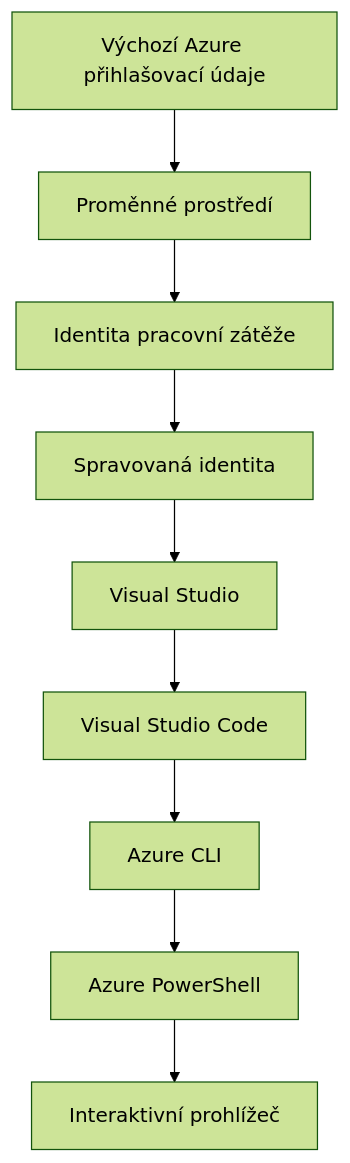
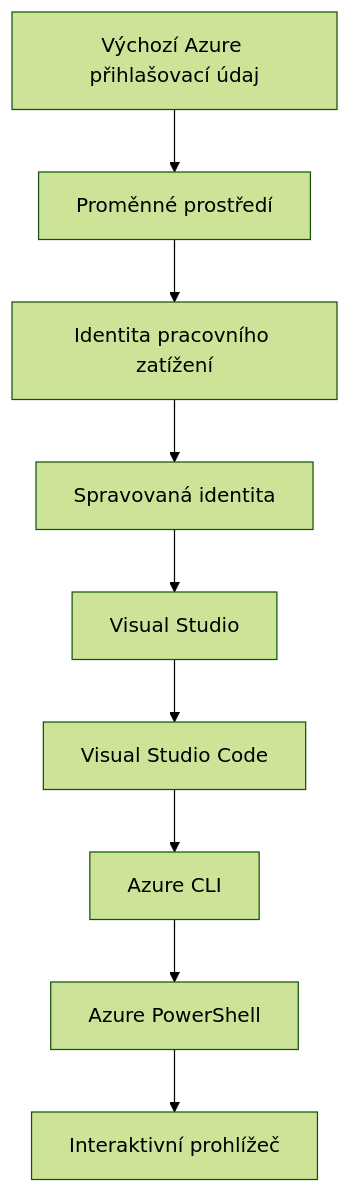
Before and after one commit to microsoft/AZD-for-beginners: the second of 2 diagrams in translations/cs/docs/chapter-01-foundation/azd-basics.md, drawn with Mermaid (forest theme). The commit also changed other lines of this file and 101 other files, not shown here.

````diff
--- a/translations/cs/docs/chapter-01-foundation/azd-basics.md
+++ b/translations/cs/docs/chapter-01-foundation/azd-basics.md
@@ -558,11 +591,11 @@
 ```mermaid
 graph TD
-    A[Výchozí Azure přihlašovací údaje] --> B[Proměnné prostředí]
-    B --> C[Identita pracovní zátěže]
+    A[Výchozí Azure přihlašovací údaj] --> B[Proměnné prostředí]
+    B --> C[Identita pracovního zatížení]
     C --> D[Spravovaná identita]
     D --> E[Visual Studio]
     E --> F[Visual Studio Code]
     F --> G[Azure CLI]
     G --> H[Azure PowerShell]
     H --> I[Interaktivní prohlížeč]
 ```
````
